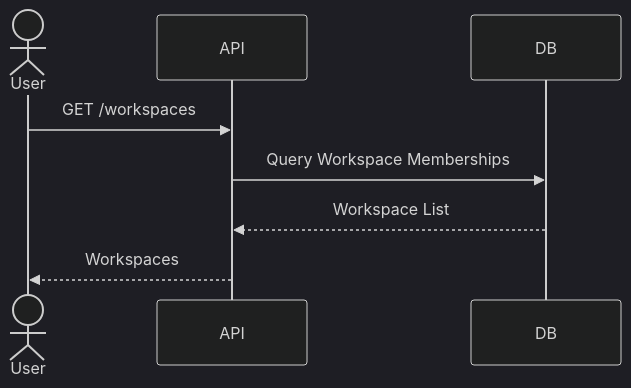
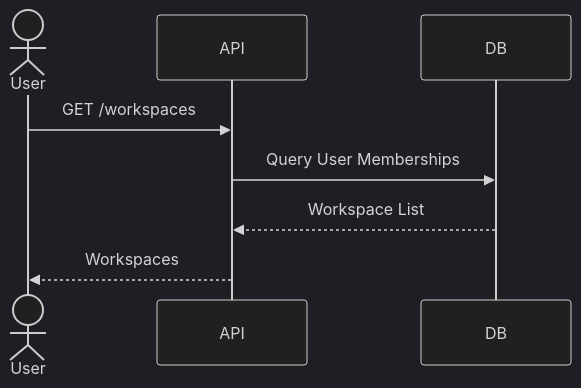
One commit to datnguyxn/LinkFlow changed the second of 8 diagrams in docs/architecture/workspace/Workspace-Sequence.md. Above: the diagram before and after it, drawn with Mermaid (dark theme). The commit also changed other lines of this file and 14 other files, not shown here.

Commit message:
docs(architecture): add workspace module documentation

````diff
--- a/docs/architecture/workspace/Workspace-Sequence.md
+++ b/docs/architecture/workspace/Workspace-Sequence.md
@@ -63,15 +61,15 @@
 ```mermaid
 sequenceDiagram
 
     actor User
     participant API
     participant DB
 
     User->>API: GET /workspaces
 
-    API->>DB: Query Workspace Memberships
+    API->>DB: Query User Memberships
 
     DB-->>API: Workspace List
 
     API-->>User: Workspaces
 ```
````
